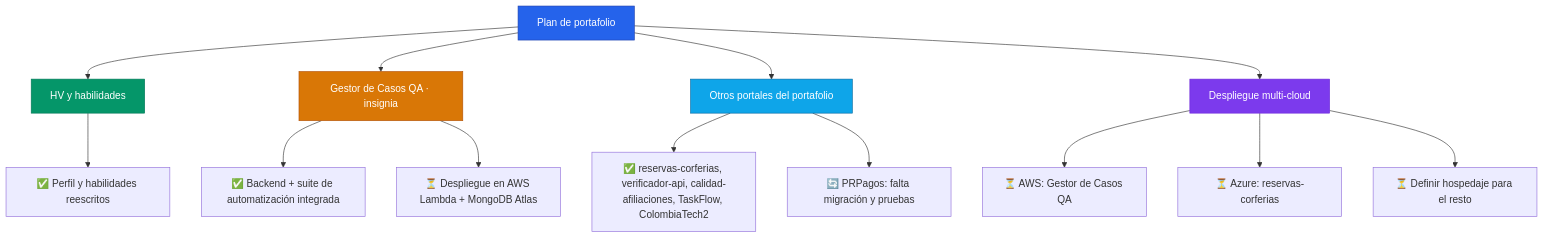
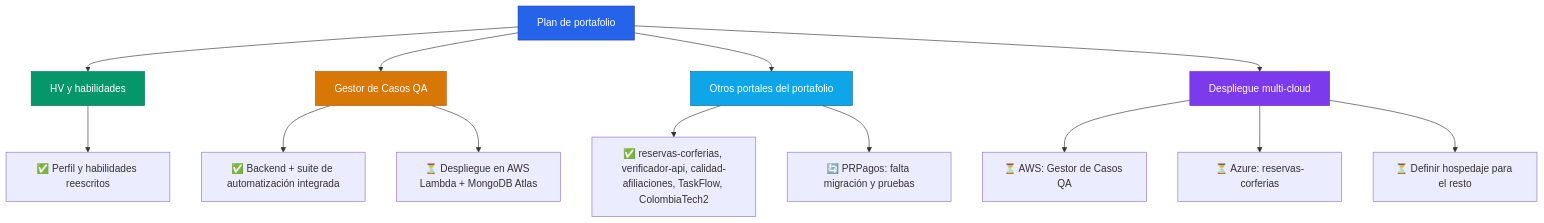
The diagram in README.md (lariasca1994/lariasca1994), drawn with Mermaid before and after one commit. The commit also changed other lines of this file, not shown here.

````diff
--- a/README.md
+++ b/README.md
@@ -87,25 +46,25 @@
 ```mermaid
 graph TB
     A[Plan de portafolio] --> B[HV y habilidades]
-    A --> C[Gestor de Casos QA · insignia]
+    A --> C[Gestor de Casos QA]
     A --> D[Otros portales del portafolio]
     A --> E[Despliegue multi-cloud]
 
     B --> B1[✅ Perfil y habilidades reescritos]
 
     C --> C1[✅ Backend + suite de automatización integrada]
     C --> C2[⏳ Despliegue en AWS Lambda + MongoDB Atlas]
 
     D --> D1[✅ reservas-corferias, verificador-api, calidad-afiliaciones, TaskFlow, ColombiaTech2]
     D --> D2[🔄 PRPagos: falta migración y pruebas]
 
     E --> E1[⏳ AWS: Gestor de Casos QA]
     E --> E2[⏳ Azure: reservas-corferias]
     E --> E3[⏳ Definir hospedaje para el resto]
 
     style A fill:#2563EB,stroke:#1E40AF,color:#fff
     style B fill:#059669,stroke:#047857,color:#fff
     style C fill:#D97706,stroke:#B45309,color:#fff
     style D fill:#0EA5E9,stroke:#0369A1,color:#fff
     style E fill:#7C3AED,stroke:#6D28D9,color:#fff
 ```
````
